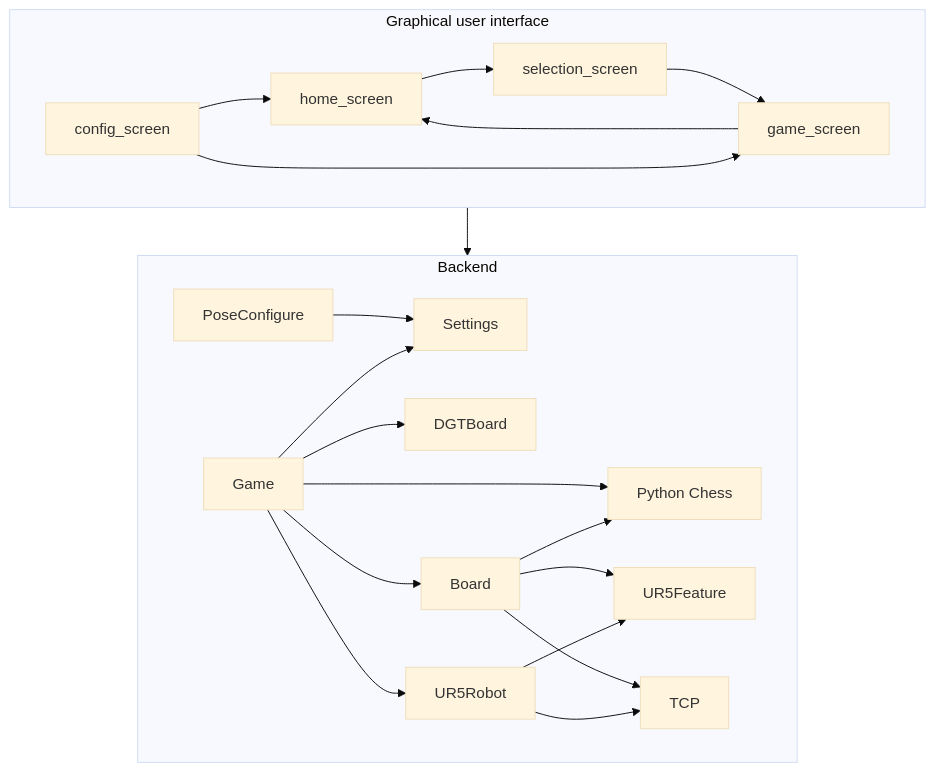
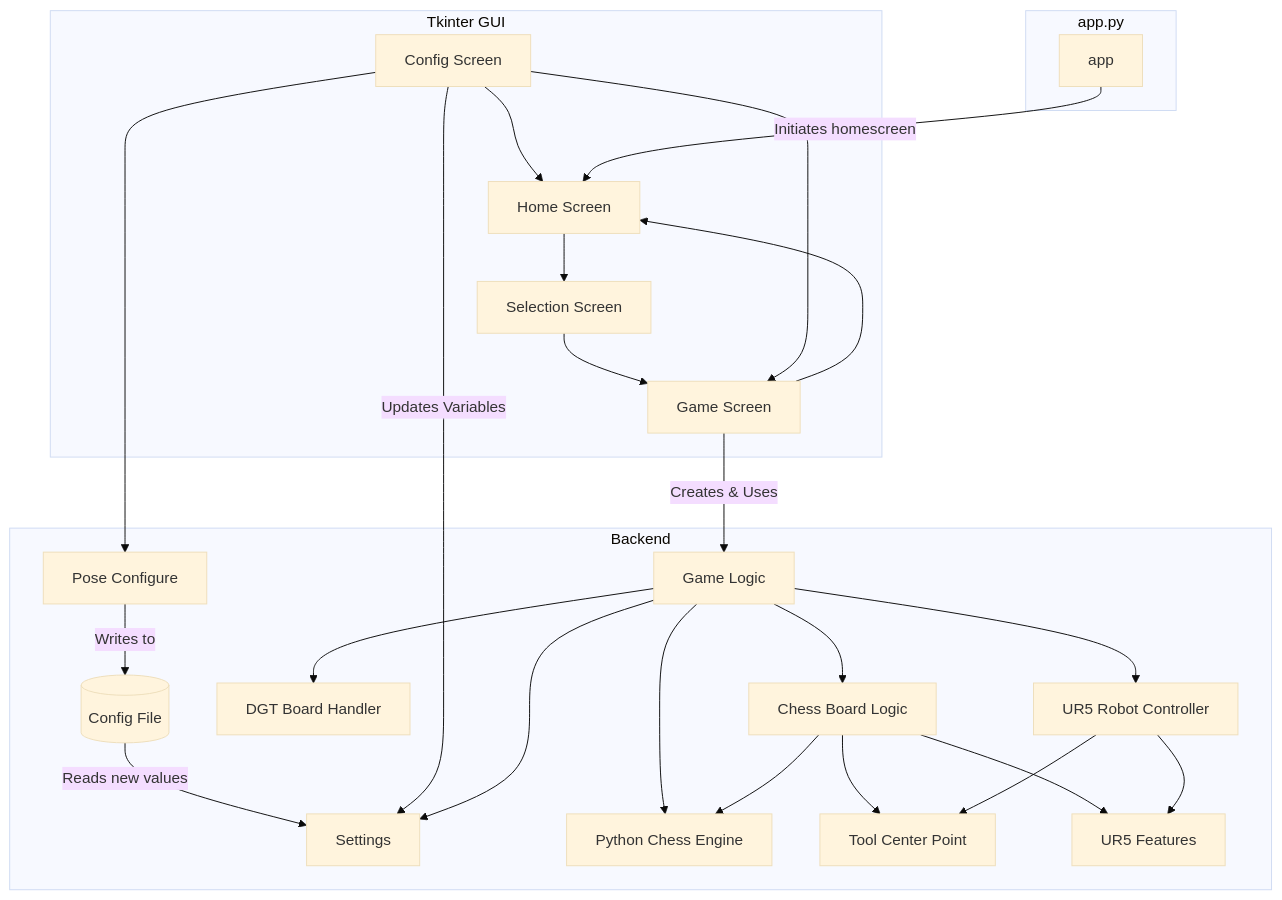
One commit to marols27/UR5ChessbotRemake changed the first of 2 diagrams in README.md. Above: the diagram before and after it, drawn with Mermaid (base theme).

Commit message:
Update README.md
updated mermaid

````diff
--- a/README.md
+++ b/README.md
@@ -19,42 +19,52 @@
 ```mermaid
 flowchart TD
-    subgraph GUI["Graphical user interface"]
-        config_screen[config_screen]
-        home_screen[home_screen]
-        selection_screen[selection_screen]
-        game_screen[game_screen]
+    subgraph Tkinter_GUI["Tkinter GUI"]
+        config_screen[Config Screen]
+        home_screen[Home Screen]
+        selection_screen[Selection Screen]
+        game_screen[Game Screen]
 
         config_screen --> home_screen
         home_screen --> selection_screen
         selection_screen --> game_screen
         game_screen --> home_screen
         config_screen --> game_screen
     end
 
     subgraph Backend
-        PoseConfigure[PoseConfigure]
+        PoseConfigure[Pose Configure]
         Settings[Settings]
-        Game[Game]
-        UR5Robot[UR5Robot]
-        DGTBoard[DGTBoard]
-        PythonChess[Python Chess]
-        Board[Board]
-        ToolCenterPoint[TCP]
-        UR5Feature[UR5Feature]
-
-        PoseConfigure --> Settings
+        Game[Game Logic]
+        UR5Robot[UR5 Robot Controller]
+        DGTBoard[DGT Board Handler]
+        PythonChess[Python Chess Engine]
+        Board[Chess Board Logic]
+        ToolCenterPoint[Tool Center Point]
+        UR5Feature[UR5 Features]
+        
+        PoseConfigure -->|Writes to| ConfigFile[(Config File)]
+        ConfigFile -->|Reads new values| Settings
+        config_screen -->|Updates Variables| Settings
+        config_screen --> PoseConfigure
         Game --> Settings
         Game --> DGTBoard
         Game --> Board
         Game --> PythonChess
         Game --> UR5Robot
         Board --> PythonChess
         Board --> UR5Feature
         Board --> ToolCenterPoint
         UR5Robot --> ToolCenterPoint
         UR5Robot --> UR5Feature
     end
 
-    GUI --> Backend
+    subgraph app.py[app.py]
+        app
+    end
+
+    app-->|Initiates homescreen| home_screen
+
+    game_screen -->|Creates & Uses| Game
+
 
 ```
````
